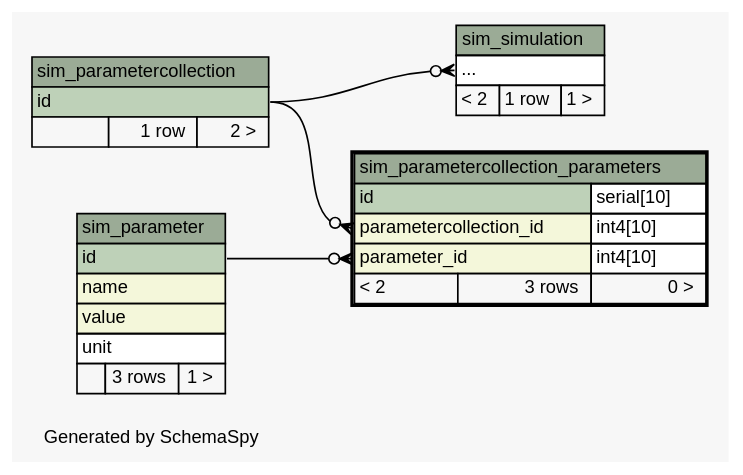
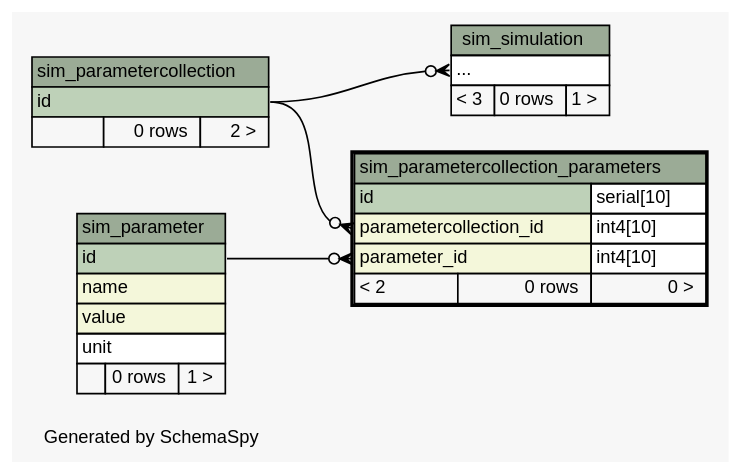
The diagram in database/diagrams/sim_parametercollection_parameters.2degrees.dot (jingyayeah/multiscale-galactose), drawn with Graphviz before and after one commit. The commit also changed 90 other files, not shown here.

```diff
--- a/database/diagrams/sim_parametercollection_parameters.2degrees.dot
+++ b/database/diagrams/sim_parametercollection_parameters.2degrees.dot
@@ -1,70 +1,70 @@
 // dot 2.20.2 on Linux 2.6.32-53-generic
 // SchemaSpy rev 590
 digraph "twoDegreesRelationshipsDiagram" {
   graph [
     rankdir="RL"
     bgcolor="#f7f7f7"
     label="\nGenerated by SchemaSpy"
     labeljust="l"
     nodesep="0.18"
     ranksep="0.46"
     fontname="Helvetica"
     fontsize="11"
   ];
   node [
     fontname="Helvetica"
     fontsize="11"
     shape="plaintext"
   ];
   edge [
     arrowsize="0.8"
   ];
   "sim_parametercollection_parameters":"parameter_id":w -> "sim_parameter":"id":e [arrowhead=none dir=back arrowtail=crowodot];
   "sim_parametercollection_parameters":"parametercollection_id":w -> "sim_parametercollection":"id":e [arrowhead=none dir=back arrowtail=crowodot];
   "sim_simulation":"elipses":w -> "sim_parametercollection":"id":e [arrowhead=none dir=back arrowtail=crowodot];
   "sim_parameter" [
     label=<
     <TABLE BORDER="0" CELLBORDER="1" CELLSPACING="0" BGCOLOR="#ffffff">
       <TR><TD COLSPAN="3" BGCOLOR="#9bab96" ALIGN="CENTER">sim_parameter</TD></TR>
       <TR><TD PORT="id" COLSPAN="3" BGCOLOR="#bed1b8" ALIGN="LEFT">id</TD></TR>
       <TR><TD PORT="name" COLSPAN="3" BGCOLOR="#f4f7da" ALIGN="LEFT">name</TD></TR>
       <TR><TD PORT="value" COLSPAN="3" BGCOLOR="#f4f7da" ALIGN="LEFT">value</TD></TR>
       <TR><TD PORT="unit" COLSPAN="3" ALIGN="LEFT">unit</TD></TR>
-      <TR><TD ALIGN="LEFT" BGCOLOR="#f7f7f7">  </TD><TD ALIGN="RIGHT" BGCOLOR="#f7f7f7">3 rows</TD><TD ALIGN="RIGHT" BGCOLOR="#f7f7f7">1 &gt;</TD></TR>
+      <TR><TD ALIGN="LEFT" BGCOLOR="#f7f7f7">  </TD><TD ALIGN="RIGHT" BGCOLOR="#f7f7f7">0 rows</TD><TD ALIGN="RIGHT" BGCOLOR="#f7f7f7">1 &gt;</TD></TR>
     </TABLE>>
     URL="sim_parameter.html"
     tooltip="sim_parameter"
   ];
   "sim_parametercollection" [
     label=<
     <TABLE BORDER="0" CELLBORDER="1" CELLSPACING="0" BGCOLOR="#ffffff">
       <TR><TD COLSPAN="3" BGCOLOR="#9bab96" ALIGN="CENTER">sim_parametercollection</TD></TR>
       <TR><TD PORT="id" COLSPAN="3" BGCOLOR="#bed1b8" ALIGN="LEFT">id</TD></TR>
-      <TR><TD ALIGN="LEFT" BGCOLOR="#f7f7f7">  </TD><TD ALIGN="RIGHT" BGCOLOR="#f7f7f7">1 row</TD><TD ALIGN="RIGHT" BGCOLOR="#f7f7f7">2 &gt;</TD></TR>
+      <TR><TD ALIGN="LEFT" BGCOLOR="#f7f7f7">  </TD><TD ALIGN="RIGHT" BGCOLOR="#f7f7f7">0 rows</TD><TD ALIGN="RIGHT" BGCOLOR="#f7f7f7">2 &gt;</TD></TR>
     </TABLE>>
     URL="sim_parametercollection.html"
     tooltip="sim_parametercollection"
   ];
   "sim_parametercollection_parameters" [
     label=<
     <TABLE BORDER="2" CELLBORDER="1" CELLSPACING="0" BGCOLOR="#ffffff">
       <TR><TD COLSPAN="3" BGCOLOR="#9bab96" ALIGN="CENTER">sim_parametercollection_parameters</TD></TR>
       <TR><TD PORT="id" COLSPAN="2" BGCOLOR="#bed1b8" ALIGN="LEFT">id</TD><TD PORT="id.type" ALIGN="LEFT">serial[10]</TD></TR>
       <TR><TD PORT="parametercollection_id" COLSPAN="2" BGCOLOR="#f4f7da" ALIGN="LEFT">parametercollection_id</TD><TD PORT="parametercollection_id.type" ALIGN="LEFT">int4[10]</TD></TR>
       <TR><TD PORT="parameter_id" COLSPAN="2" BGCOLOR="#f4f7da" ALIGN="LEFT">parameter_id</TD><TD PORT="parameter_id.type" ALIGN="LEFT">int4[10]</TD></TR>
-      <TR><TD ALIGN="LEFT" BGCOLOR="#f7f7f7">&lt; 2</TD><TD ALIGN="RIGHT" BGCOLOR="#f7f7f7">3 rows</TD><TD ALIGN="RIGHT" BGCOLOR="#f7f7f7">0 &gt;</TD></TR>
+      <TR><TD ALIGN="LEFT" BGCOLOR="#f7f7f7">&lt; 2</TD><TD ALIGN="RIGHT" BGCOLOR="#f7f7f7">0 rows</TD><TD ALIGN="RIGHT" BGCOLOR="#f7f7f7">0 &gt;</TD></TR>
     </TABLE>>
     URL="sim_parametercollection_parameters.html"
     tooltip="sim_parametercollection_parameters"
   ];
   "sim_simulation" [
     label=<
     <TABLE BORDER="0" CELLBORDER="1" CELLSPACING="0" BGCOLOR="#ffffff">
       <TR><TD COLSPAN="3" BGCOLOR="#9bab96" ALIGN="CENTER">sim_simulation</TD></TR>
       <TR><TD PORT="elipses" COLSPAN="3" ALIGN="LEFT">...</TD></TR>
-      <TR><TD ALIGN="LEFT" BGCOLOR="#f7f7f7">&lt; 2</TD><TD ALIGN="RIGHT" BGCOLOR="#f7f7f7">1 row</TD><TD ALIGN="RIGHT" BGCOLOR="#f7f7f7">1 &gt;</TD></TR>
+      <TR><TD ALIGN="LEFT" BGCOLOR="#f7f7f7">&lt; 3</TD><TD ALIGN="RIGHT" BGCOLOR="#f7f7f7">0 rows</TD><TD ALIGN="RIGHT" BGCOLOR="#f7f7f7">1 &gt;</TD></TR>
     </TABLE>>
     URL="sim_simulation.html"
     tooltip="sim_simulation"
   ];
 }
```
